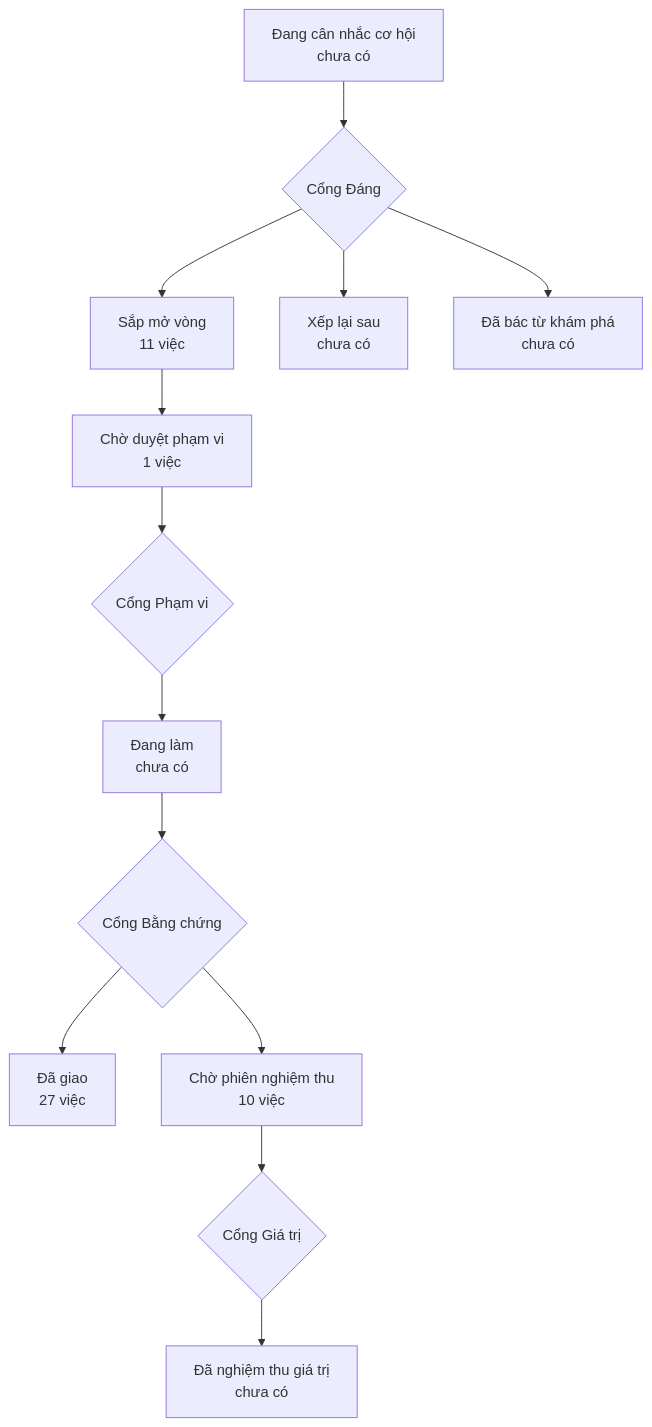
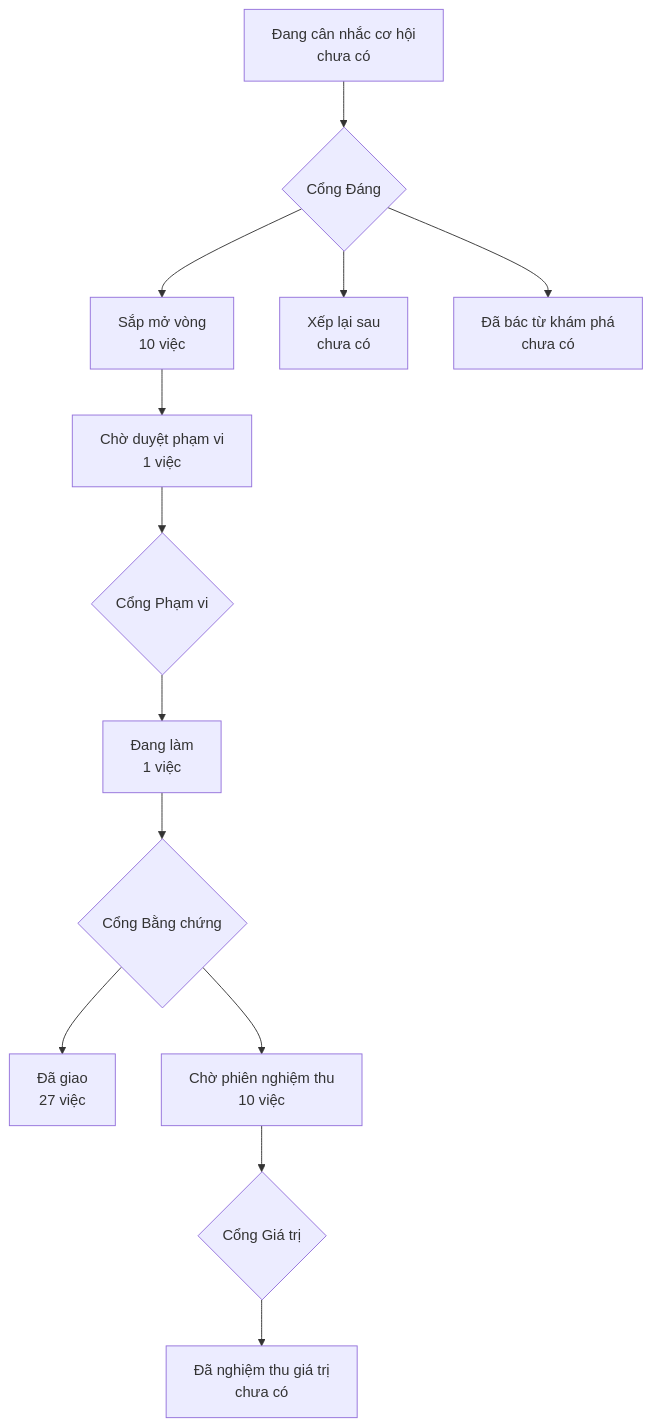
The diagram in PRODUCT-MAP.md (phanlemanh/onehub-invest), drawn with Mermaid before and after one commit. The commit also changed other lines of this file and 3 other files, not shown here.

````diff
--- a/PRODUCT-MAP.md
+++ b/PRODUCT-MAP.md
@@ -7,12 +7,12 @@
 ```mermaid
 flowchart TD
   A["Đang cân nhắc cơ hội<br/>chưa có"] --> GD{"Cổng Đáng"}
-  GD --> B["Sắp mở vòng<br/>11 việc"]
+  GD --> B["Sắp mở vòng<br/>10 việc"]
   GD --> XL["Xếp lại sau<br/>chưa có"]
   GD --> DB["Đã bác từ khám phá<br/>chưa có"]
   B --> CD["Chờ duyệt phạm vi<br/>1 việc"] --> GP{"Cổng Phạm vi"}
-  GP --> DL["Đang làm<br/>chưa có"] --> GB{"Cổng Bằng chứng"}
+  GP --> DL["Đang làm<br/>1 việc"] --> GB{"Cổng Bằng chứng"}
   GB --> DG["Đã giao<br/>27 việc"]
   GB --> CN["Chờ phiên nghiệm thu<br/>10 việc"] --> GG{"Cổng Giá trị"}
   GG --> NT["Đã nghiệm thu giá trị<br/>chưa có"]
 ```
````
